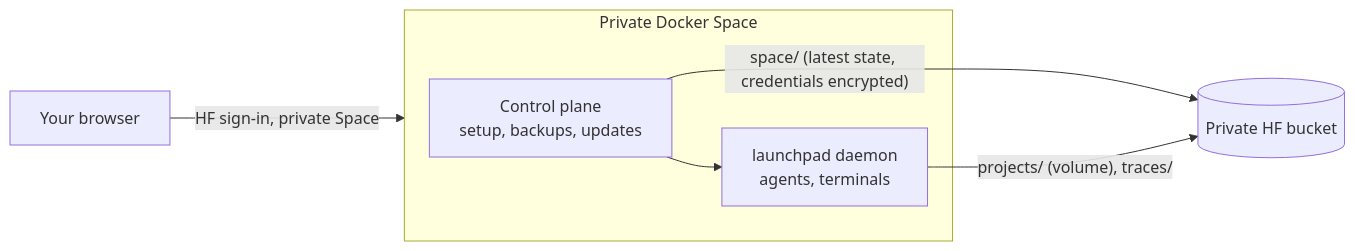
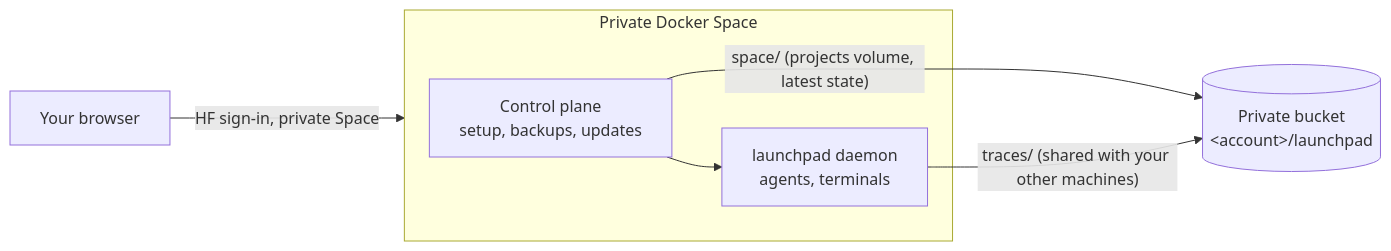
The diagram in docs/hugging-face.md (Wauplin/launchpad), drawn with Mermaid before and after one commit. The commit also changed other lines of this file and 12 other files, not shown here.

Commit message:
Share the launchpad bucket: trace sync defaults to <account>/launchpad/traces, Space data under space/

````diff
--- a/docs/hugging-face.md
+++ b/docs/hugging-face.md
@@ -39,9 +39,9 @@
 ```mermaid
 flowchart LR
     B[Your browser] -->|HF sign-in, private Space| S
     subgraph S[Private Docker Space]
         C["Control plane<br/>setup, backups, updates"] --> L["launchpad daemon<br/>agents, terminals"]
     end
-    C -->|"space/ (latest state, credentials encrypted)"| K[(Private HF bucket)]
-    L -->|"projects/ (volume), traces/"| K
+    C -->|"space/ (projects volume, latest state)"| K[("Private bucket<br/>&lt;account&gt;/launchpad")]
+    L -->|"traces/ (shared with your other machines)"| K
 ```
````
